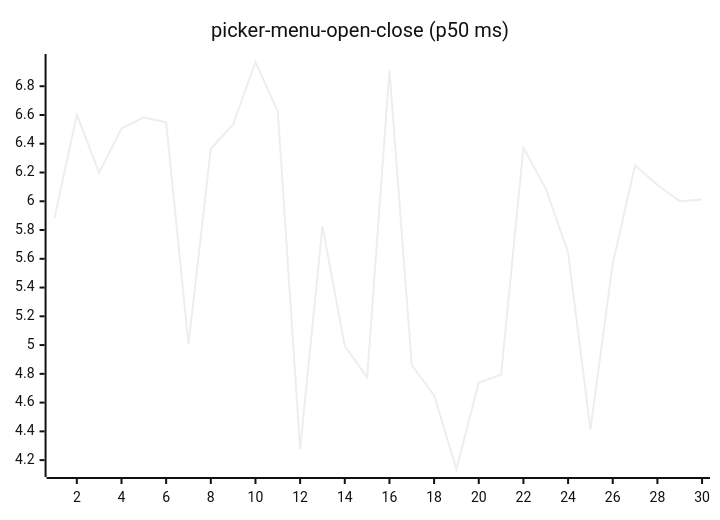
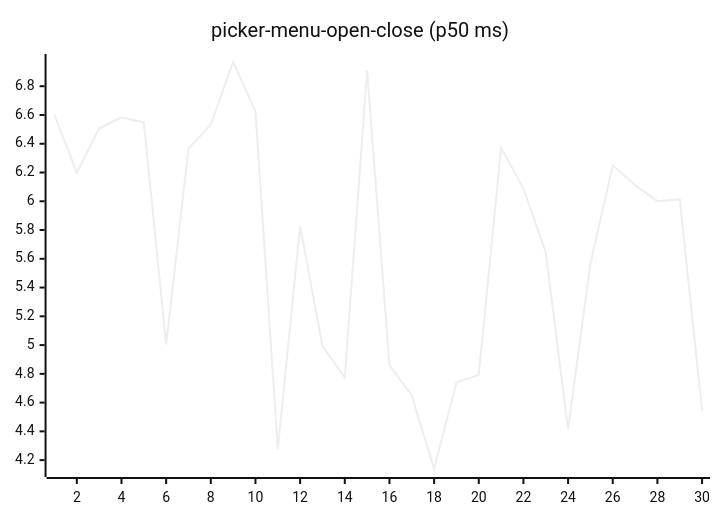
Before and after one commit to josha/Facet: diagram 16 of 27 in README.md, drawn with Mermaid (neutral theme). The commit also changed other lines of this file and 2 other files, not shown here.

````diff
--- a/README.md
+++ b/README.md
@@ -168,6 +168,6 @@
 ```mermaid
 xychart-beta
     title "picker-menu-open-close (p50 ms)"
     x-axis 1 --> 30
-    line [5.8829, 6.6018, 6.1978, 6.5053, 6.5840, 6.5483, 5.0039, 6.3653, 6.5343, 6.9684, 6.6249, 4.2762, 5.8275, 4.9929, 4.7749, 6.9094, 4.8605, 4.6493, 4.1383, 4.7397, 4.7934, 6.3713, 6.0885, 5.6440, 4.4145, 5.5656, 6.2500, 6.1133, 6.0006, 6.0128]
+    line [6.6018, 6.1978, 6.5053, 6.5840, 6.5483, 5.0039, 6.3653, 6.5343, 6.9684, 6.6249, 4.2762, 5.8275, 4.9929, 4.7749, 6.9094, 4.8605, 4.6493, 4.1383, 4.7397, 4.7934, 6.3713, 6.0885, 5.6440, 4.4145, 5.5656, 6.2500, 6.1133, 6.0006, 6.0128, 4.5439]
 ```
````
